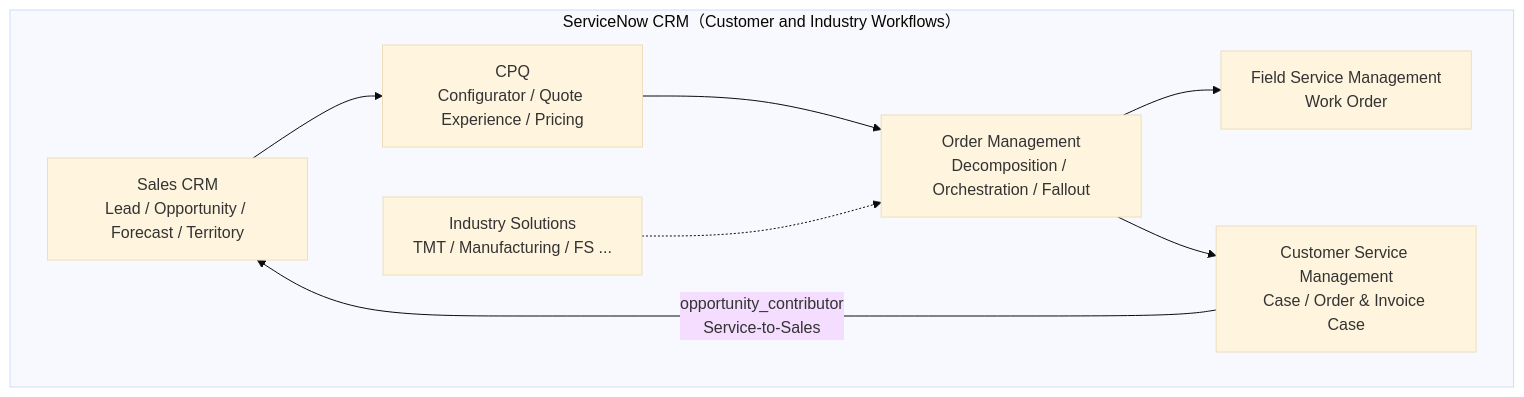
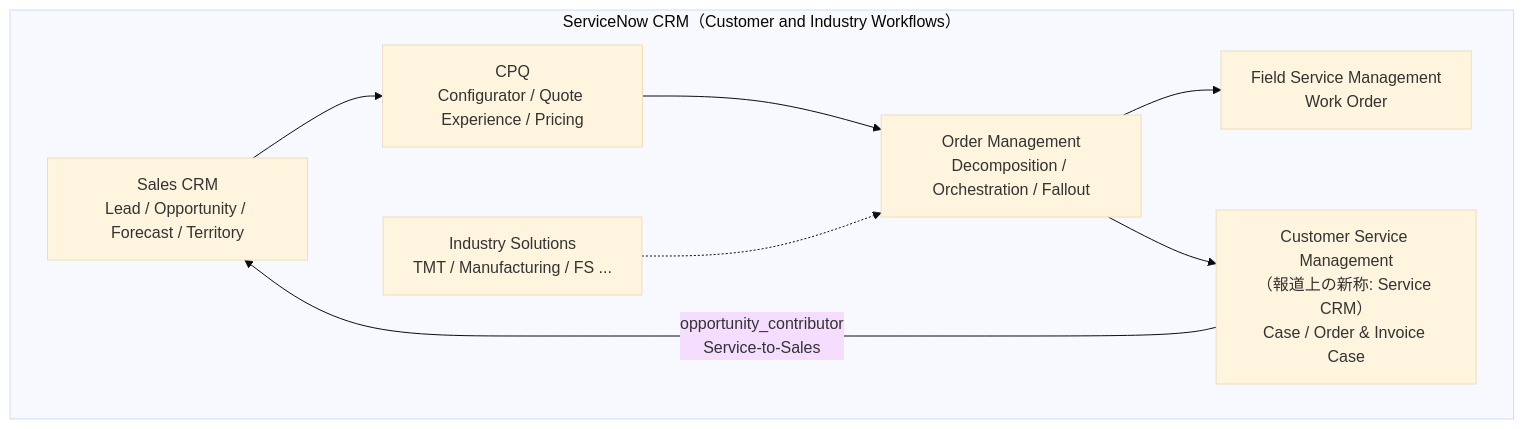
The third of 3 diagrams in ServiceNow/02_リファレンス/customer/sales-order-management-crm.md (hidefumiagata/platform-doc), drawn with Mermaid (base theme) before and after one commit. The commit also changed other lines of this file and 346 other files, not shown here.

````diff
--- a/ServiceNow/02_リファレンス/customer/sales-order-management-crm.md
+++ b/ServiceNow/02_リファレンス/customer/sales-order-management-crm.md
@@ -769,15 +907,15 @@
 ```mermaid
 flowchart TB
   subgraph CRM["ServiceNow CRM（Customer and Industry Workflows）"]
     SALES["Sales CRM<br/>Lead / Opportunity / Forecast / Territory"]
     CPQ["CPQ<br/>Configurator / Quote Experience / Pricing"]
     OM["Order Management<br/>Decomposition / Orchestration / Fallout"]
-    CSM["Customer Service Management<br/>Case / Order & Invoice Case"]
+    CSM["Customer Service Management<br/>（報道上の新称: Service CRM）<br/>Case / Order & Invoice Case"]
     FSM["Field Service Management<br/>Work Order"]
     IND["Industry Solutions<br/>TMT / Manufacturing / FS ..."]
   end
   SALES --> CPQ --> OM --> FSM
   OM --> CSM
   CSM -->|opportunity_contributor<br/>Service-to-Sales| SALES
   IND -.-> OM
 ```
````
